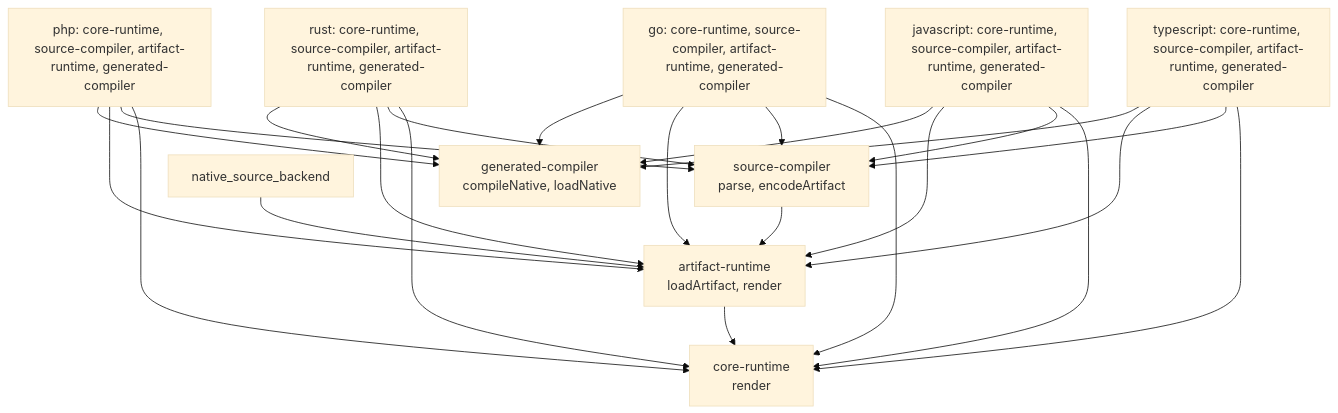
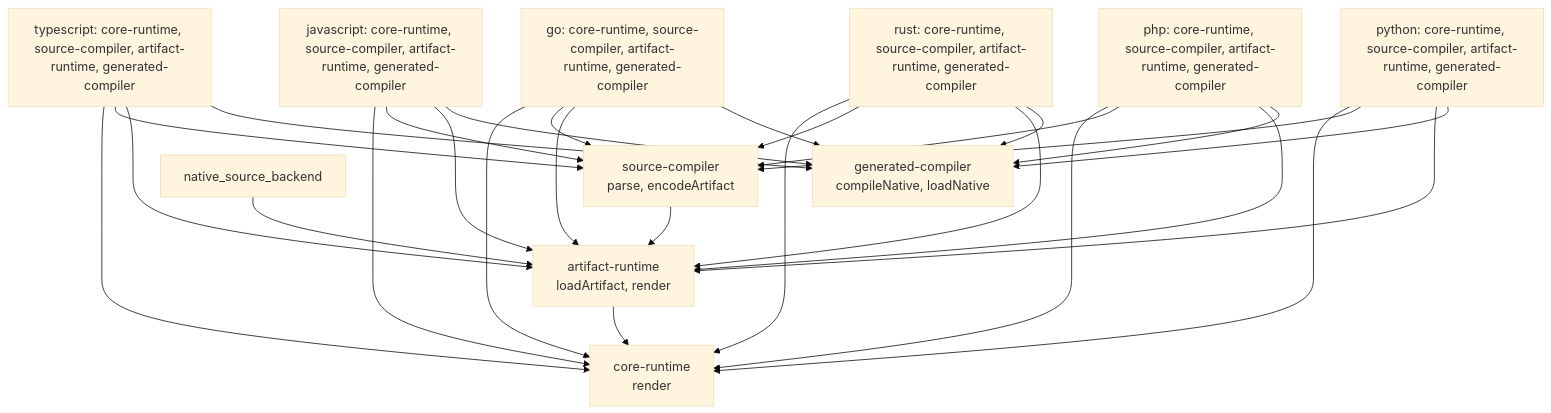
The diagram in tools/showcase/adapters/generated/support-levels.mmd (polyspec/template), drawn with Mermaid (base theme) before and after one commit. The commit also changed 51 other files, not shown here.

```diff
--- a/tools/showcase/adapters/generated/support-levels.mmd
+++ b/tools/showcase/adapters/generated/support-levels.mmd
@@ -1,33 +1,38 @@
 flowchart TB
   core_runtime["core-runtime<br/>render"]
   source_compiler["source-compiler<br/>parse, encodeArtifact"]
   artifact_runtime["artifact-runtime<br/>loadArtifact, render"]
   generated_compiler["generated-compiler<br/>compileNative, loadNative"]
   source_compiler --> artifact_runtime
   artifact_runtime --> core_runtime
   native_source_backend --> artifact_runtime
   typescript["typescript: core-runtime, source-compiler, artifact-runtime, generated-compiler"]
   typescript --> core_runtime
   typescript --> source_compiler
   typescript --> artifact_runtime
   typescript --> generated_compiler
   javascript["javascript: core-runtime, source-compiler, artifact-runtime, generated-compiler"]
   javascript --> core_runtime
   javascript --> source_compiler
   javascript --> artifact_runtime
   javascript --> generated_compiler
   go["go: core-runtime, source-compiler, artifact-runtime, generated-compiler"]
   go --> core_runtime
   go --> source_compiler
   go --> artifact_runtime
   go --> generated_compiler
   rust["rust: core-runtime, source-compiler, artifact-runtime, generated-compiler"]
   rust --> core_runtime
   rust --> source_compiler
   rust --> artifact_runtime
   rust --> generated_compiler
   php["php: core-runtime, source-compiler, artifact-runtime, generated-compiler"]
   php --> core_runtime
   php --> source_compiler
   php --> artifact_runtime
   php --> generated_compiler
+  python["python: core-runtime, source-compiler, artifact-runtime, generated-compiler"]
+  python --> core_runtime
+  python --> source_compiler
+  python --> artifact_runtime
+  python --> generated_compiler
```
